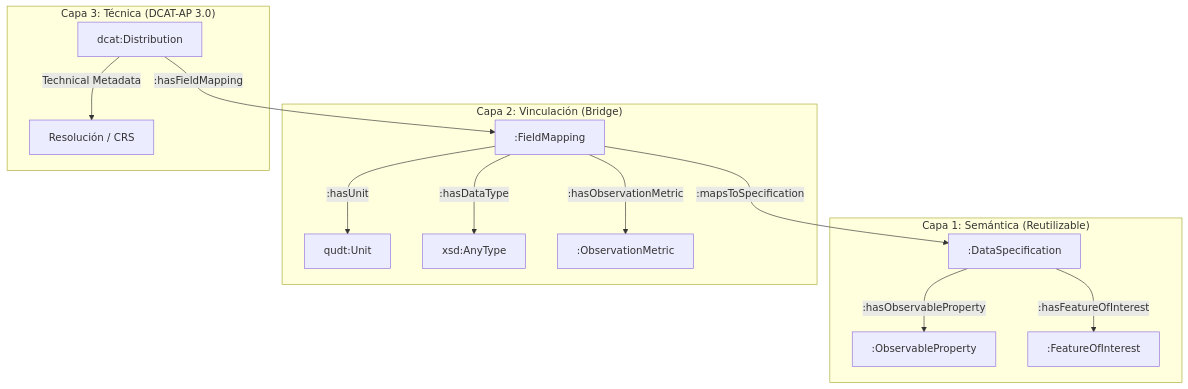
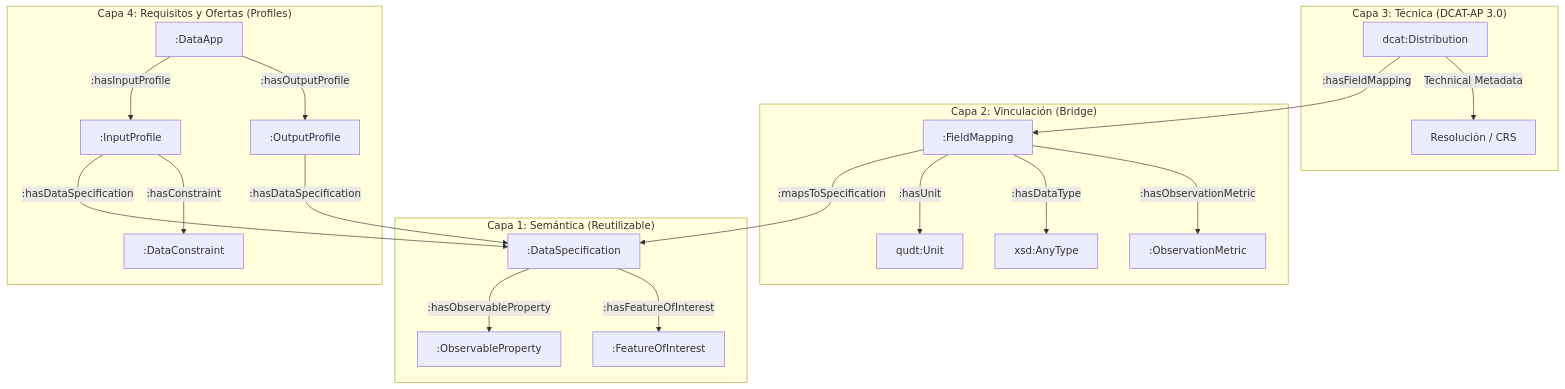
One commit to KhaosResearch/EDAAnOWL changed the first of 3 diagrams in docs/ONTOLOGY_OVERVIEW_DIAGRAM_ES.md. Above: the diagram before and after it, drawn with Mermaid. The commit also changed other lines of this file and 3 other files, not shown here.

````diff
--- a/docs/ONTOLOGY_OVERVIEW_DIAGRAM_ES.md
+++ b/docs/ONTOLOGY_OVERVIEW_DIAGRAM_ES.md
@@ -11,28 +11,41 @@
 ```mermaid
 graph TD
     subgraph Capa1 ["Capa 1: Semántica (Reutilizable)"]
         Spec[":DataSpecification"]
         OP[":ObservableProperty"]
         FOI[":FeatureOfInterest"]
         Spec -- ":hasObservableProperty" --> OP
         Spec -- ":hasFeatureOfInterest" --> FOI
     end
 
     subgraph Capa2 ["Capa 2: Vinculación (Bridge)"]
         Mapping[":FieldMapping"]
         Unit["qudt:Unit"]
         DType["xsd:AnyType"]
         ObsMetric[":ObservationMetric"]
         Mapping -- ":mapsToSpecification" --> Spec
         Mapping -- ":hasUnit" --> Unit
         Mapping -- ":hasDataType" --> DType
         Mapping -- ":hasObservationMetric" --> ObsMetric
     end
 
     subgraph Capa3 ["Capa 3: Técnica (DCAT-AP 3.0)"]
         Dist["dcat:Distribution"]
         Res["Resolución / CRS"]
         Dist -- ":hasFieldMapping" --> Mapping
         Dist -- "Technical Metadata" --> Res
     end
+
+    subgraph Capa4 ["Capa 4: Requisitos y Ofertas (Profiles)"]
+        App[":DataApp"]
+        InProf[":InputProfile"]
+        OutProf[":OutputProfile"]
+        Cons[":DataConstraint"]
+        
+        App -- ":hasInputProfile" --> InProf
+        App -- ":hasOutputProfile" --> OutProf
+        InProf -- ":hasDataSpecification" --> Spec
+        InProf -- ":hasConstraint" --> Cons
+        OutProf -- ":hasDataSpecification" --> Spec
+    end
 ```
````
